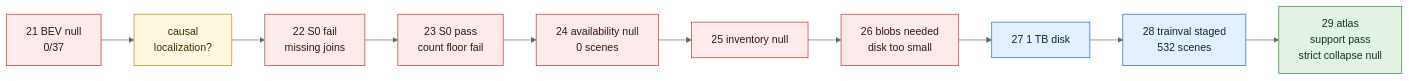
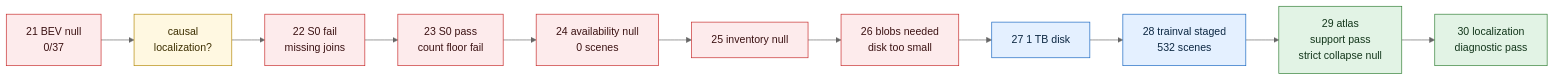
Before and after one commit to manfromnowhere143/sentinel: the third of 5 diagrams in README.md, drawn with Mermaid (neutral theme). The commit also changed other lines of this file and 6 other files, not shown here.

````diff
--- a/README.md
+++ b/README.md
@@ -125,20 +125,21 @@
 ```mermaid
 flowchart LR
   H21["21 BEV null<br/>0/37"] --> Q["causal<br/>localization?"]
   Q --> F22["22 S0 fail<br/>missing joins"]
   F22 --> S23["23 S0 pass<br/>count floor fail"]
   S23 --> A24["24 availability null<br/>0 scenes"]
   A24 --> I25["25 inventory null"]
   I25 --> R26["26 blobs needed<br/>disk too small"]
   R26 --> D27["27 1 TB disk"]
   D27 --> S28["28 trainval staged<br/>532 scenes"]
   S28 --> A29["29 atlas<br/>support pass<br/>strict collapse null"]
+  A29 --> L30["30 localization<br/>diagnostic pass"]
   classDef bad fill:#fdebec,stroke:#c62828,color:#3b1213;
   classDef ask fill:#fff8e1,stroke:#b28704,color:#3d2f00;
   classDef data fill:#e4f0ff,stroke:#1565c0,color:#0c2742;
   classDef win fill:#e2f3e5,stroke:#2e7d32,color:#13361b;
   class H21,F22,S23,A24,I25,R26 bad;
   class Q ask;
   class D27,S28 data;
-  class A29 win;
+  class A29,L30 win;
 ```
````
